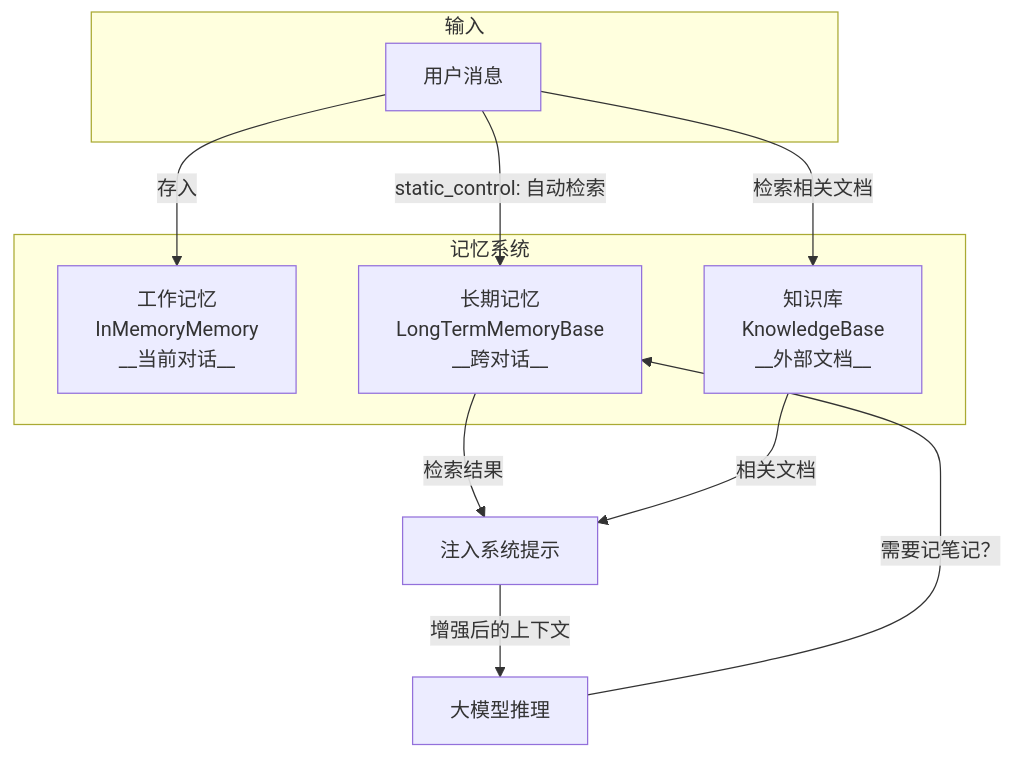
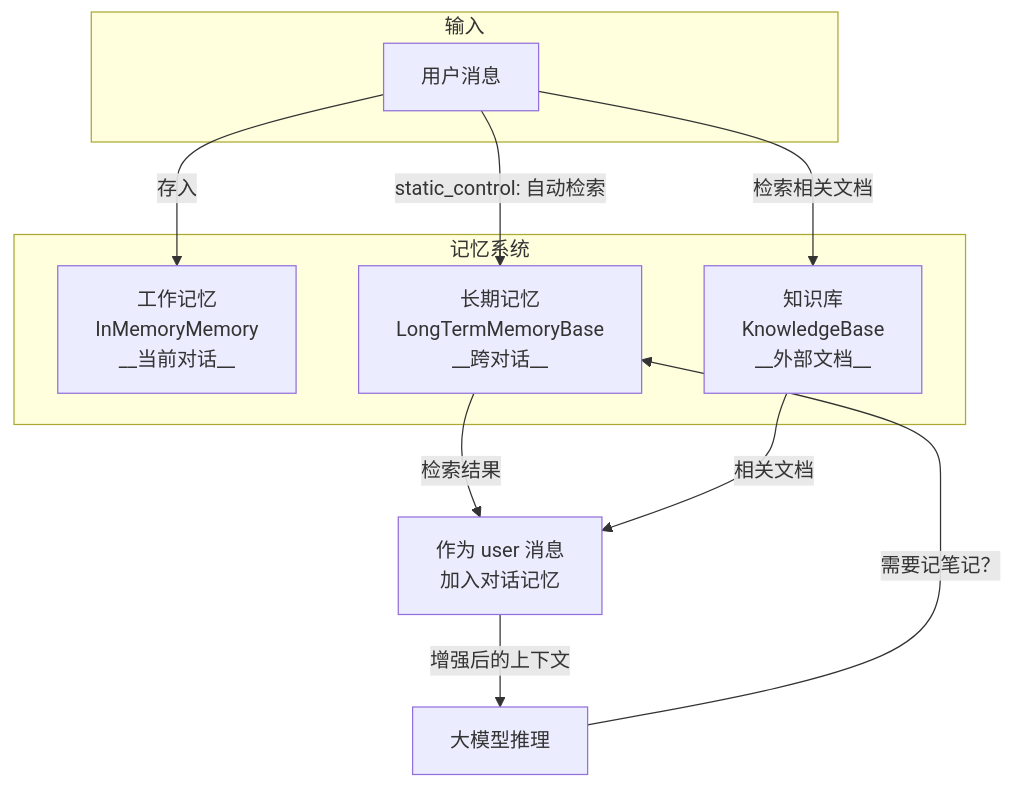
Before and after one commit to nadav-cheung/agentscope: the second of 2 diagrams in teaching/book/volume-1-journey/ch07-retrieval-knowledge.md, drawn with Mermaid. The commit also changed other lines of this file and 4 other files, not shown here.

````diff
--- a/teaching/book/volume-1-journey/ch07-retrieval-knowledge.md
+++ b/teaching/book/volume-1-journey/ch07-retrieval-knowledge.md
@@ -316,22 +316,22 @@
 ```mermaid
 flowchart TB
     subgraph 输入
         MSG[用户消息]
     end
 
     subgraph 记忆系统
         WM[工作记忆<br/>InMemoryMemory<br/>__当前对话__]
         LTM[长期记忆<br/>LongTermMemoryBase<br/>__跨对话__]
         KB[知识库<br/>KnowledgeBase<br/>__外部文档__]
     end
 
     MSG -->|存入| WM
     MSG -->|static_control: 自动检索| LTM
     MSG -->|检索相关文档| KB
 
-    LTM -->|检索结果| SP[注入系统提示]
-    KB -->|相关文档| SP
+    LTM -->|检索结果| MEM[作为 user 消息<br/>加入对话记忆]
+    KB -->|相关文档| MEM
 
-    SP -->|增强后的上下文| MODEL[大模型推理]
+    MEM -->|增强后的上下文| MODEL[大模型推理]
     MODEL -->|需要记笔记？| LTM
 ```
````
